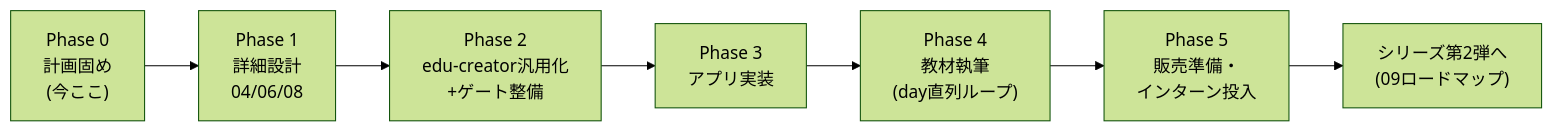
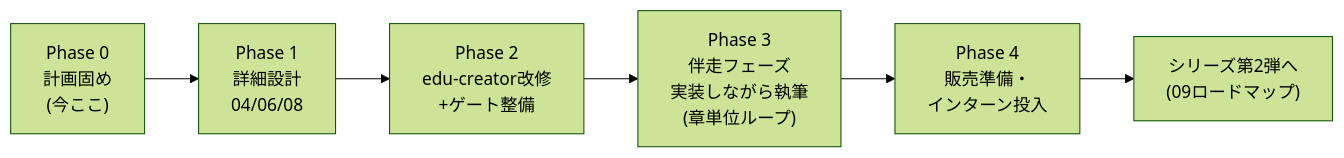
Before and after one commit to kouiso/sns-app: the diagram in material/14_マスターロードマップ.md, drawn with Mermaid (forest theme). The commit also changed other lines of this file and 1 other file, not shown here.

````diff
--- a/material/14_マスターロードマップ.md
+++ b/material/14_マスターロードマップ.md
@@ -9,9 +9,8 @@
 ```mermaid
 flowchart LR
   P0["Phase 0<br>計画固め<br>(今ここ)"] --> P1["Phase 1<br>詳細設計<br>04/06/08"]
-  P1 --> P2["Phase 2<br>edu-creator汎用化<br>+ゲート整備"]
-  P2 --> P3["Phase 3<br>アプリ実装"]
-  P3 --> P4["Phase 4<br>教材執筆<br>(day直列ループ)"]
-  P4 --> P5["Phase 5<br>販売準備・<br>インターン投入"]
-  P5 --> S2["シリーズ第2弾へ<br>(09ロードマップ)"]
+  P1 --> P2["Phase 2<br>edu-creator改修<br>+ゲート整備"]
+  P2 --> P3["Phase 3<br>伴走フェーズ<br>実装しながら執筆<br>(章単位ループ)"]
+  P3 --> P4["Phase 4<br>販売準備・<br>インターン投入"]
+  P4 --> S2["シリーズ第2弾へ<br>(09ロードマップ)"]
 ```
````
